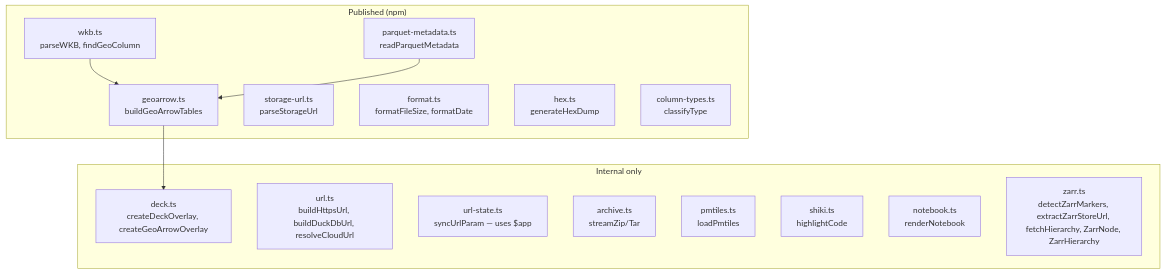
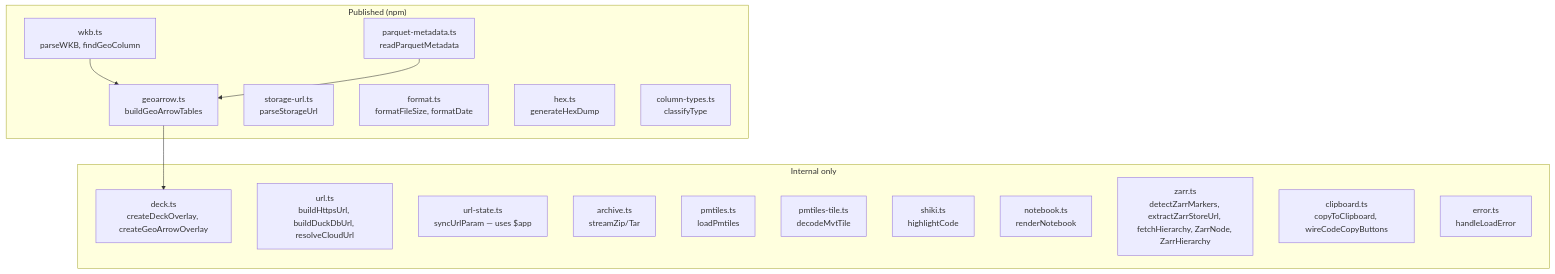
One commit to walkthru-earth/objex changed the diagram in src/lib/utils/CLAUDE.md. Above: the diagram before and after it, drawn with Mermaid. The commit also changed other lines of this file and 29 other files, not shown here.

First line of the commit message:
refactor: centralize constants, error handling, clipboard, and format utilities

````diff
--- a/src/lib/utils/CLAUDE.md
+++ b/src/lib/utils/CLAUDE.md
@@ -5,25 +6,28 @@
 ```mermaid
 graph TD
     subgraph "Published (npm)"
         WKB[wkb.ts<br/>parseWKB, findGeoColumn]
         GA[geoarrow.ts<br/>buildGeoArrowTables]
         SU[storage-url.ts<br/>parseStorageUrl]
         PM[parquet-metadata.ts<br/>readParquetMetadata]
         FMT[format.ts<br/>formatFileSize, formatDate]
         HEX[hex.ts<br/>generateHexDump]
         CT[column-types.ts<br/>classifyType]
     end
     subgraph "Internal only"
         DECK[deck.ts<br/>createDeckOverlay, createGeoArrowOverlay]
         URL[url.ts<br/>buildHttpsUrl, buildDuckDbUrl, resolveCloudUrl]
         US[url-state.ts<br/>syncUrlParam — uses $app]
         ARC[archive.ts<br/>streamZip/Tar]
         PMT[pmtiles.ts<br/>loadPmtiles]
+        PMTT[pmtiles-tile.ts<br/>decodeMvtTile]
         SHIKI[shiki.ts<br/>highlightCode]
         NB[notebook.ts<br/>renderNotebook]
         ZARR[zarr.ts<br/>detectZarrMarkers, extractZarrStoreUrl, fetchHierarchy, ZarrNode, ZarrHierarchy]
+        CB[clipboard.ts<br/>copyToClipboard, wireCodeCopyButtons]
+        ERR[error.ts<br/>handleLoadError]
     end
     WKB --> GA
     PM --> GA
     GA --> DECK
 ```
````
